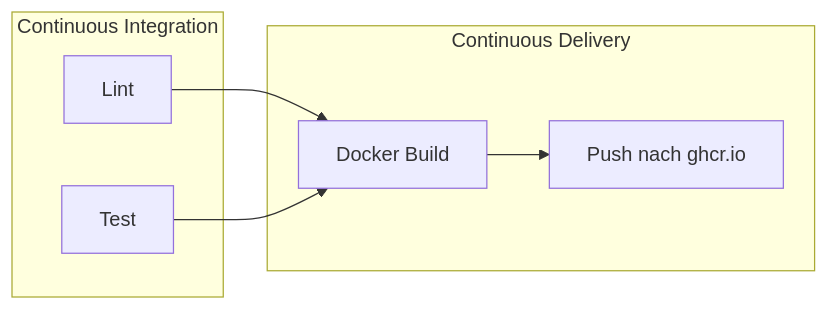
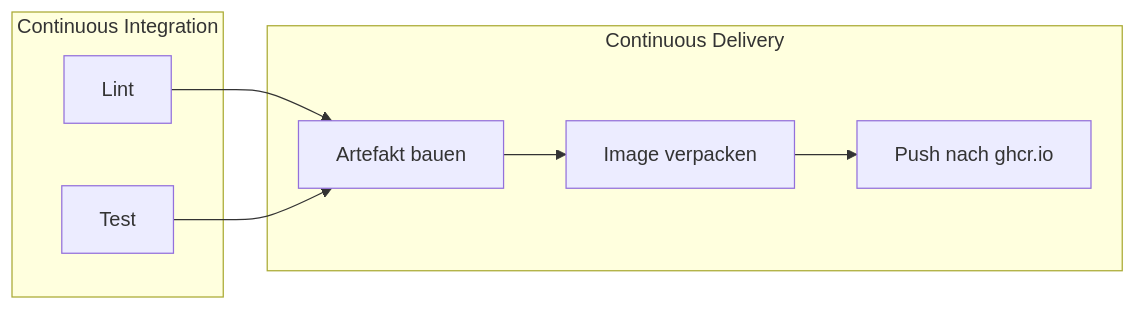
The diagram in README.md (realAP/clean-infrastructure), drawn with Mermaid before and after one commit. The commit also changed other lines of this file and 4 other files, not shown here.

````diff
--- a/README.md
+++ b/README.md
@@ -16,12 +16,12 @@
 ```mermaid
 flowchart LR
     subgraph CI [Continuous Integration]
         L[Lint]
         T[Test]
     end
     subgraph CD [Continuous Delivery]
-        B[Docker Build] --> P[Push nach ghcr.io]
+        B[Artefakt bauen] --> V[Image verpacken] --> P[Push nach ghcr.io]
     end
     L --> B
     T --> B
 ```
````
